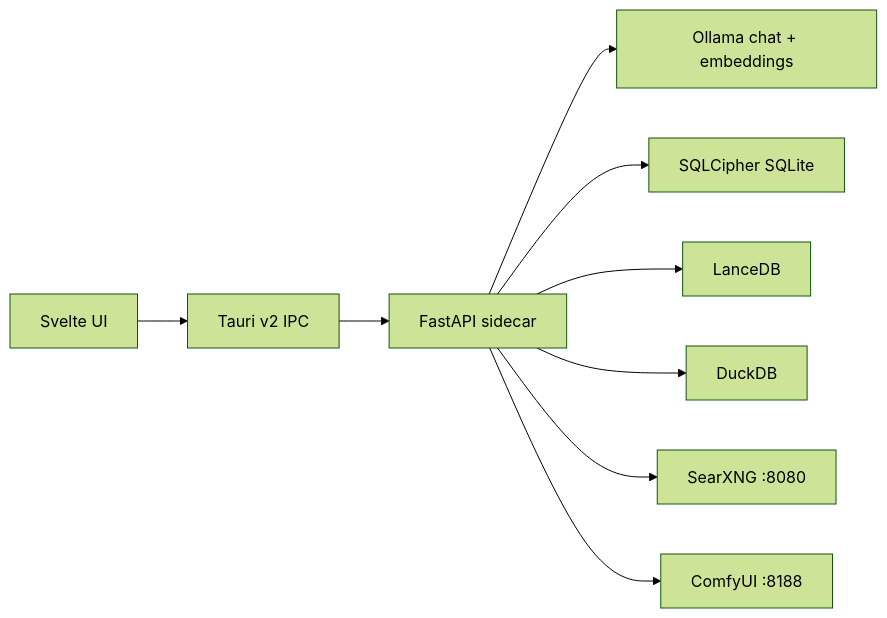
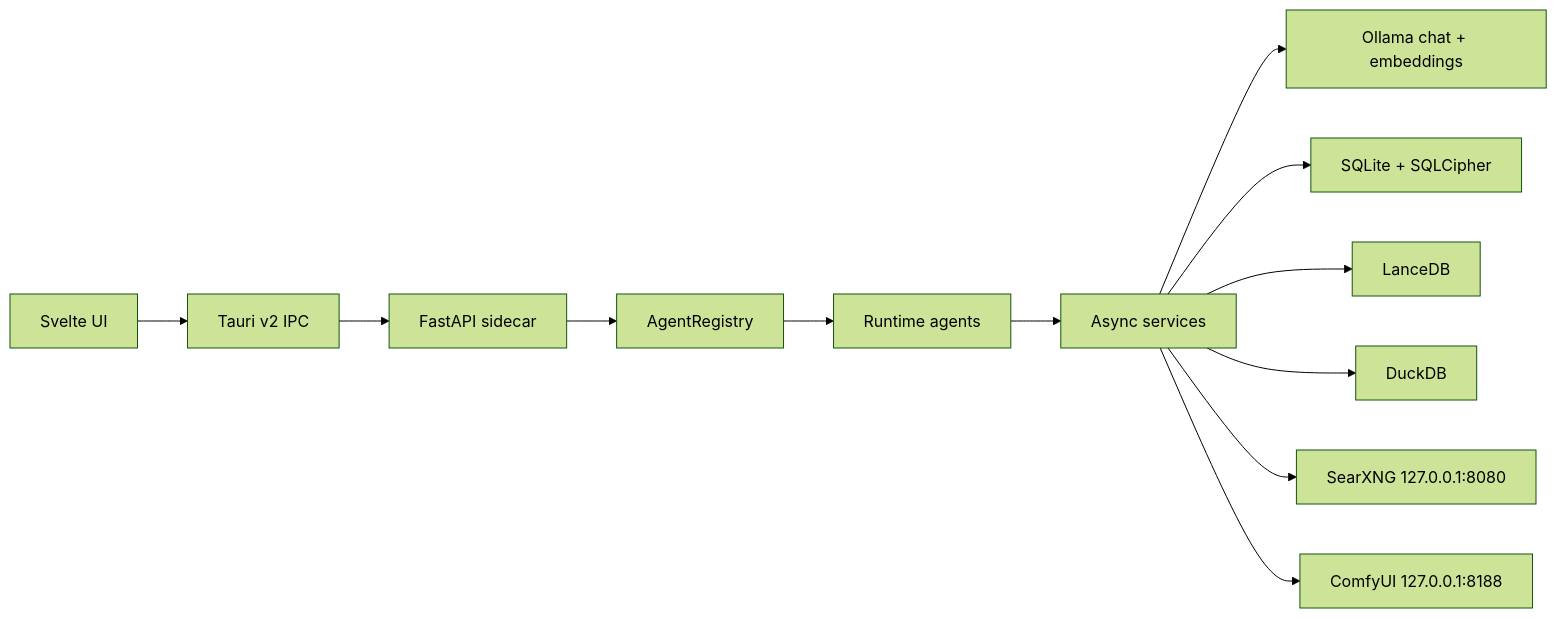
Before and after one commit to ElazAzel/Aster-ia: the first of 4 diagrams in docs/architecture.md, drawn with Mermaid (forest theme). The commit also changed other lines of this file and 39 other files, not shown here.

````diff
--- a/docs/architecture.md
+++ b/docs/architecture.md
@@ -5,11 +9,14 @@
 ```mermaid
 flowchart LR
     UI["Svelte UI"] --> Tauri["Tauri v2 IPC"]
     Tauri --> API["FastAPI sidecar"]
-    API --> Ollama["Ollama chat + embeddings"]
-    API --> SQLite["SQLCipher SQLite"]
-    API --> LanceDB["LanceDB"]
-    API --> DuckDB["DuckDB"]
-    API --> SearXNG["SearXNG :8080"]
-    API --> ComfyUI["ComfyUI :8188"]
+    API --> Registry["AgentRegistry"]
+    Registry --> Agents["Runtime agents"]
+    Agents --> Services["Async services"]
+    Services --> Ollama["Ollama chat + embeddings"]
+    Services --> SQLite["SQLite + SQLCipher"]
+    Services --> LanceDB["LanceDB"]
+    Services --> DuckDB["DuckDB"]
+    Services --> SearXNG["SearXNG 127.0.0.1:8080"]
+    Services --> ComfyUI["ComfyUI 127.0.0.1:8188"]
 ```
````
